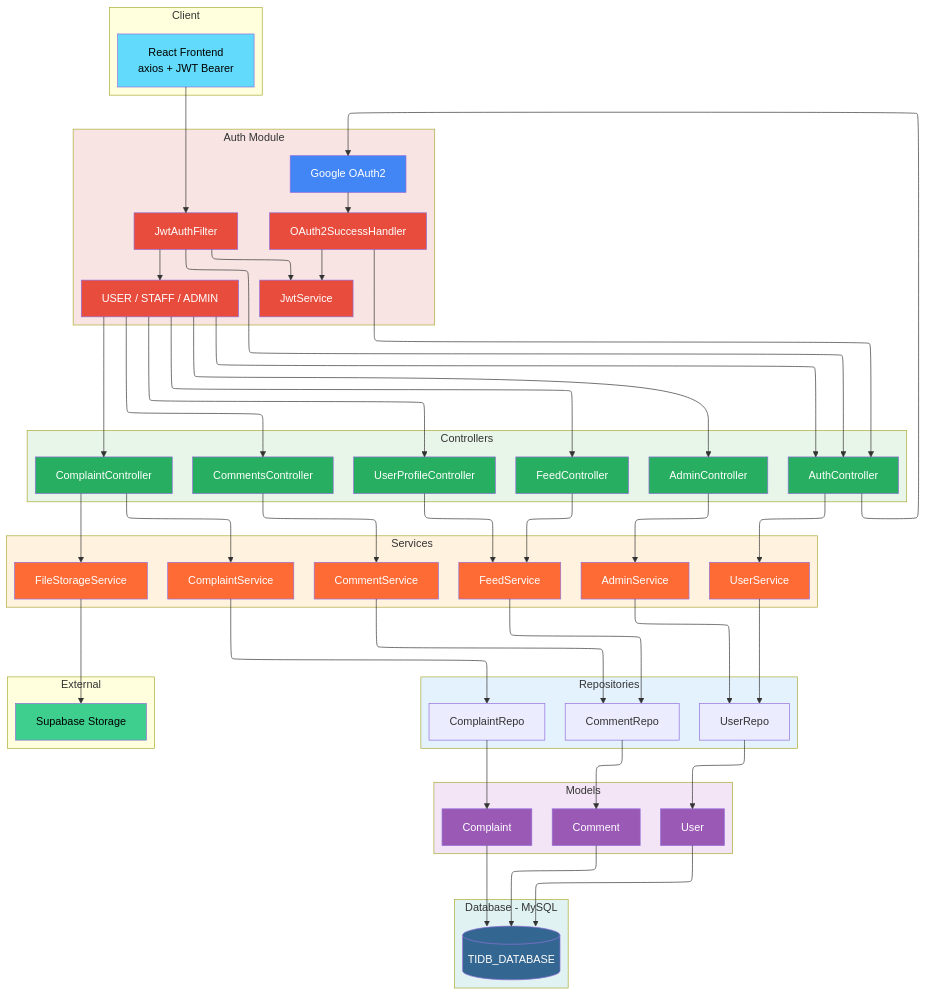
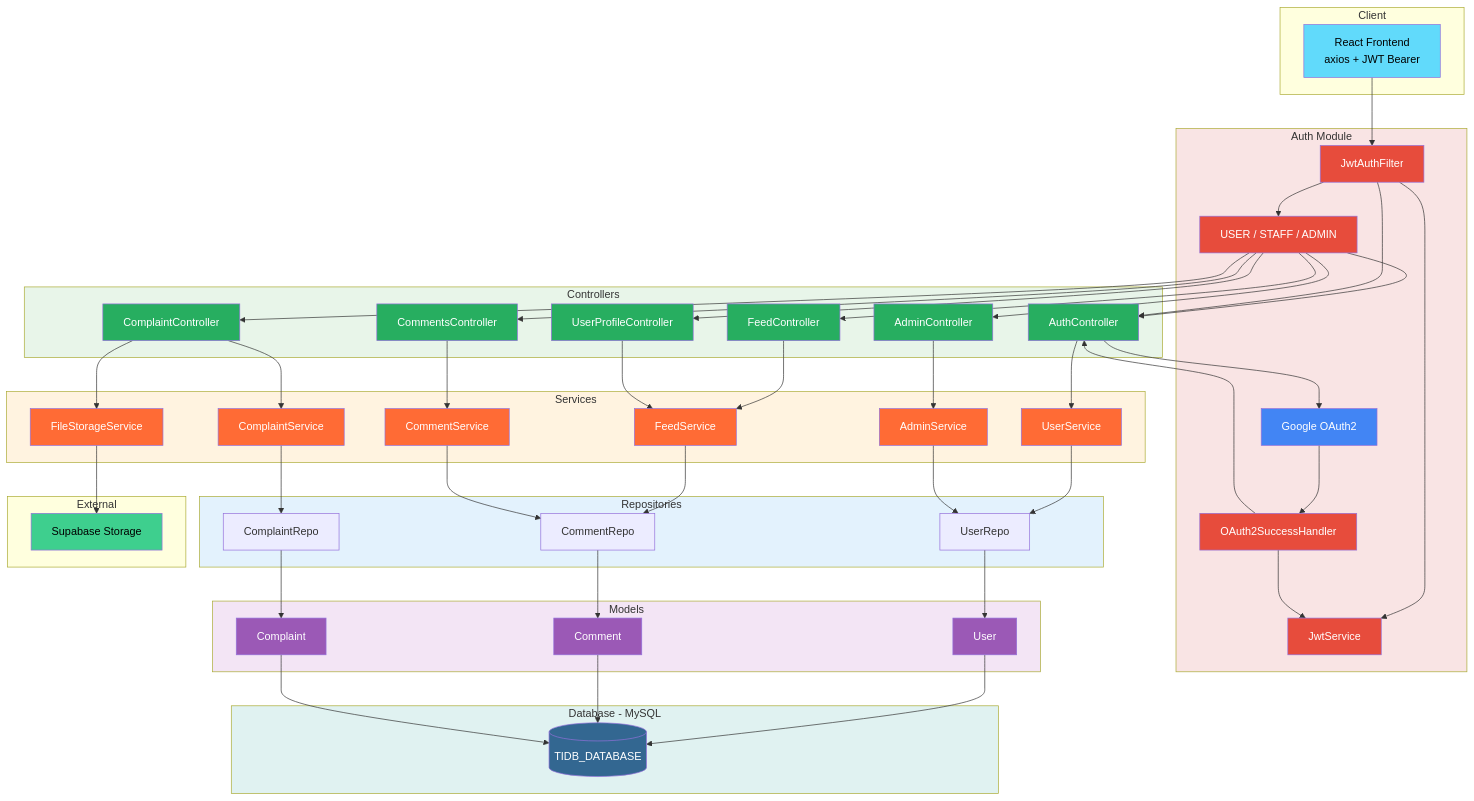
Before and after one commit to Its-Shinde4241/PrajaNetra: the second of 4 diagrams in README.md, drawn with Mermaid.

Commit message:
fix: Update mermaid configuration for backend flowchart layout and theme in README.md

````diff
--- a/README.md
+++ b/README.md
@@ -137,7 +137,9 @@
 ```mermaid
 ---
 config:
-  layout: elk
+  layout: dagre
+  theme: default
+  look: classic
 ---
 flowchart TB
     subgraph subGraph0["Client"]
````
